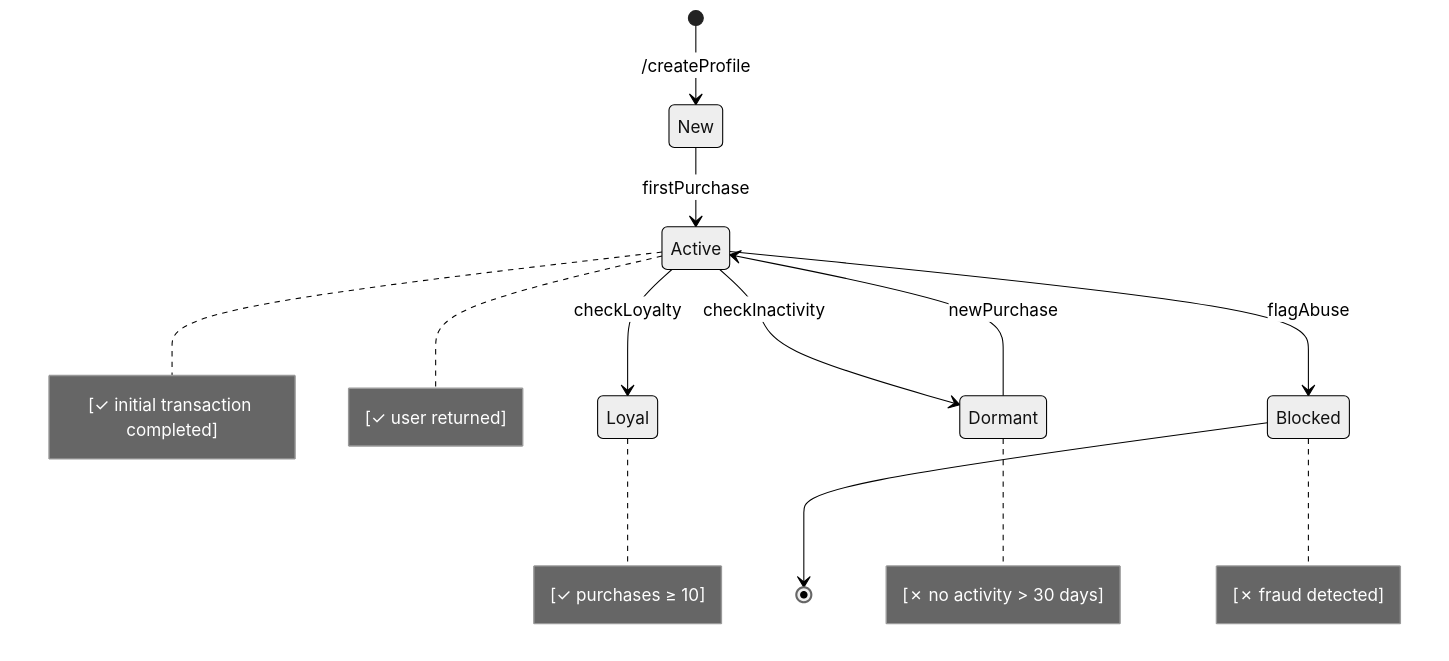
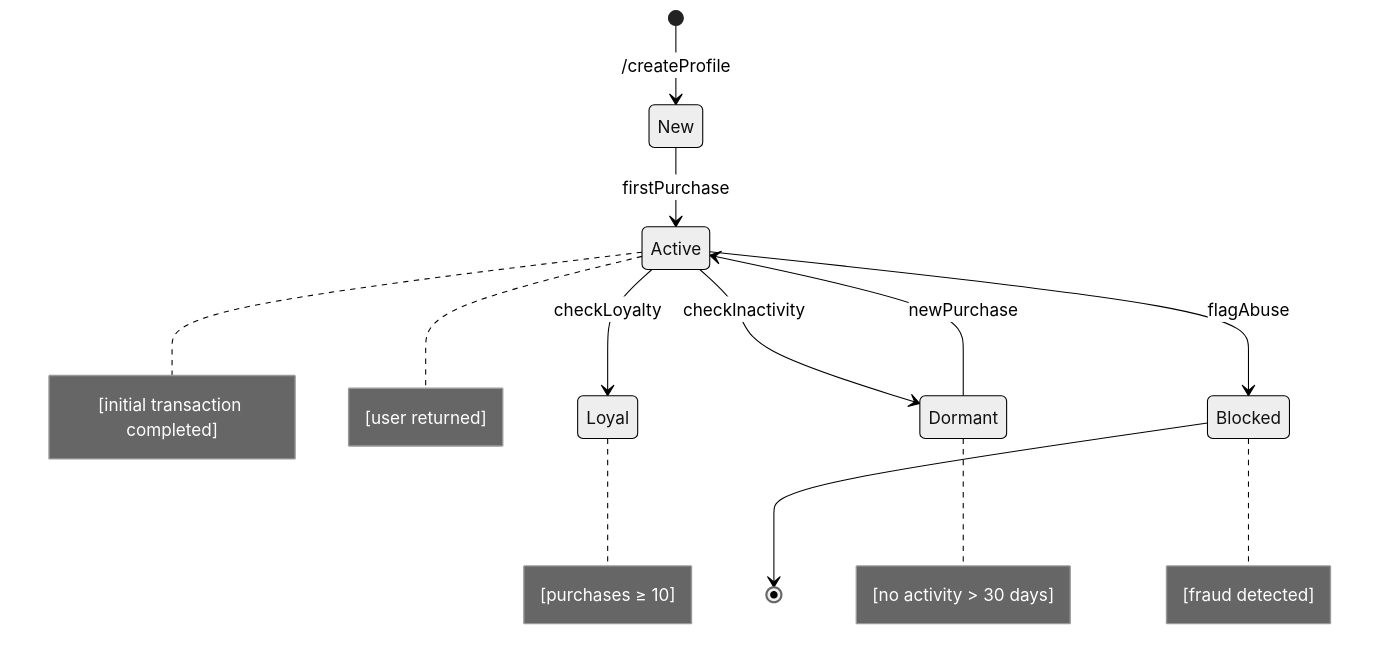
The seventh of 7 diagrams in State_Transition_Diagrams.md (NdumisoCPUT/informal-business-management), drawn with Mermaid (neutral theme) before and after one commit.

````diff
--- a/State_Transition_Diagrams.md
+++ b/State_Transition_Diagrams.md
@@ -129,22 +129,22 @@
 ```mermaid
 stateDiagram-v2
     [*] --> New : /createProfile
 
     New --> Active : firstPurchase  
-    note right of Active : [✓ initial transaction completed]
+    note right of Active : [initial transaction completed]
 
     Active --> Loyal : checkLoyalty  
-    note right of Loyal : [✓ purchases ≥ 10]
+    note right of Loyal : [purchases ≥ 10]
 
     Active --> Dormant : checkInactivity  
-    note right of Dormant : [✗ no activity > 30 days]
+    note right of Dormant : [no activity > 30 days]
 
     Dormant --> Active : newPurchase  
-    note right of Active : [✓ user returned]
+    note right of Active : [user returned]
 
     Active --> Blocked : flagAbuse  
-    note right of Blocked : [✗ fraud detected]
+    note right of Blocked : [fraud detected]
 
     Blocked --> [*]
 
 ```
````
